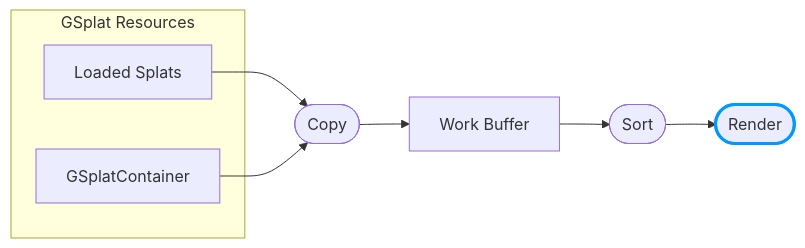
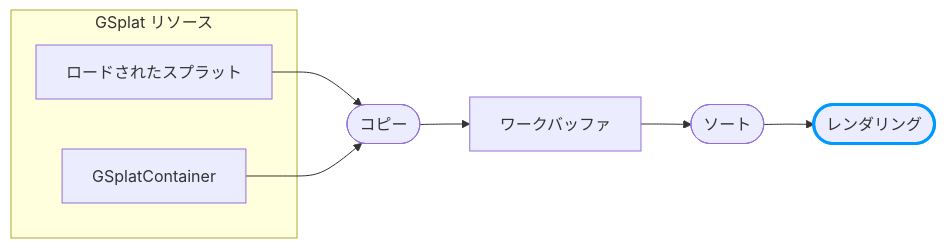
Before and after one commit to playcanvas/developer-site: the diagram in i18n/ja/docusaurus-plugin-content-docs/current/user-manual/gaussian-splatting/building/unified-rendering/work-buffer-rendering.md, drawn with Mermaid. The commit also changed other lines of this file and 15 other files, not shown here.

````diff
--- a/i18n/ja/docusaurus-plugin-content-docs/current/user-manual/gaussian-splatting/building/unified-rendering/work-buffer-rendering.md
+++ b/i18n/ja/docusaurus-plugin-content-docs/current/user-manual/gaussian-splatting/building/unified-rendering/work-buffer-rendering.md
@@ -23,23 +23,23 @@
 ```mermaid
 flowchart LR
-    subgraph Resources[GSplat Resources]
-        Loaded[Loaded Splats]
+    subgraph Resources[GSplat リソース]
+        Loaded[ロードされたスプラット]
         Container[GSplatContainer]
     end
     
-    Copy([Copy])
+    Copy([コピー])
     
-    WorkBuffer[Work Buffer]
+    WorkBuffer[ワークバッファ]
     
-    Sort([Sort])
+    Sort([ソート])
     
-    Render([Render])
+    Render([レンダリング])
     
     Loaded --> Copy
     Container --> Copy
     Copy --> WorkBuffer
     WorkBuffer --> Sort
     Sort --> Render
     
     style Render stroke:#09f,stroke-width:3px
 ```
````
